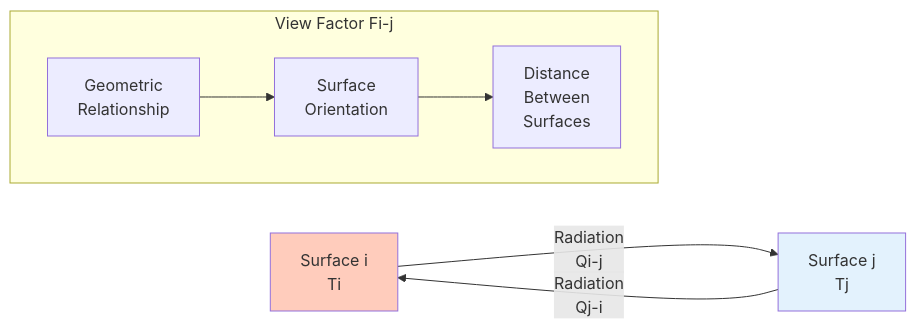
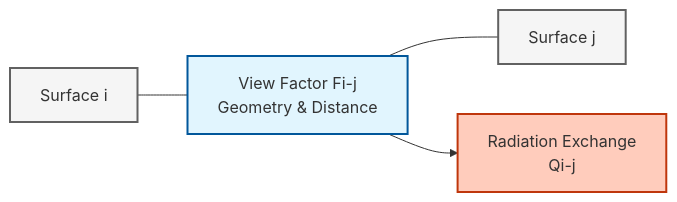
One commit to wramet/build-my-cfd changed the second of 2 diagrams in MODULE_06_ADVANCED_PHYSICS/CONTENT/02_COUPLED_PHYSICS/04_Advanced_Coupling_Topics.md. Above: the diagram before and after it, drawn with Mermaid. The commit also changed other lines of this file and 313 other files, not shown here.

Commit message:
Revise all diagram

````diff
--- a/MODULE_06_ADVANCED_PHYSICS/CONTENT/02_COUPLED_PHYSICS/04_Advanced_Coupling_Topics.md
+++ b/MODULE_06_ADVANCED_PHYSICS/CONTENT/02_COUPLED_PHYSICS/04_Advanced_Coupling_Topics.md
@@ -346,14 +347,14 @@
 ```mermaid
-flowchart LR
-    A[Surface i<br/>Ti] -->|Radiation<br/>Qi-j| B[Surface j<br/>Tj]
-    B -->|Radiation<br/>Qj-i| A
-
-    subgraph ViewFactor["View Factor Fi-j"]
-        direction LR
-        C[Geometric<br/>Relationship] --> D[Surface<br/>Orientation]
-        D --> E[Distance<br/>Between<br/>Surfaces]
-    end
-
-    style A fill:#ffccbc
-    style B fill:#e3f2fd
+graph LR
+    classDef implicit fill:#e1f5fe,stroke:#01579b,stroke-width:2px
+    classDef explicit fill:#ffccbc,stroke:#bf360c,stroke-width:2px
+    classDef context fill:#f5f5f5,stroke:#616161,stroke-width:2px
+    
+    Si["Surface i"]:::context
+    Sj["Surface j"]:::context
+    View["View Factor Fi-j<br/>Geometry & Distance"]:::implicit
+    Rad["Radiation Exchange<br/>Qi-j"]:::explicit
+    
+    Si --- View --- Sj
+    View --> Rad
 ```
````
